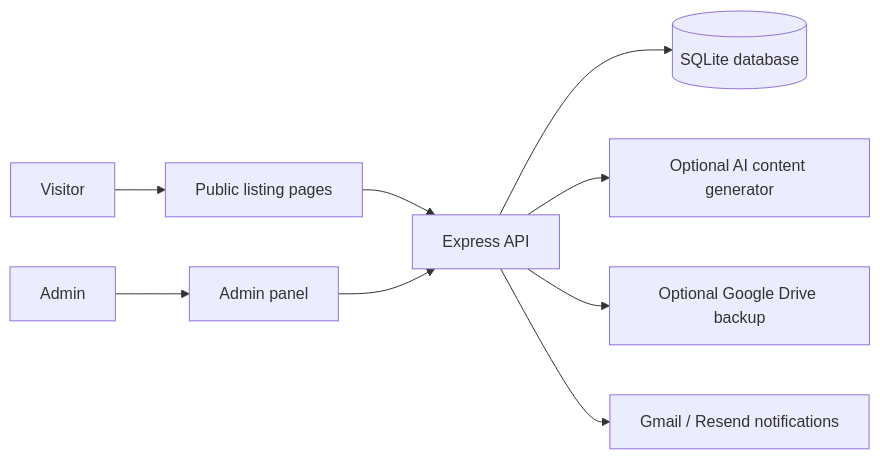
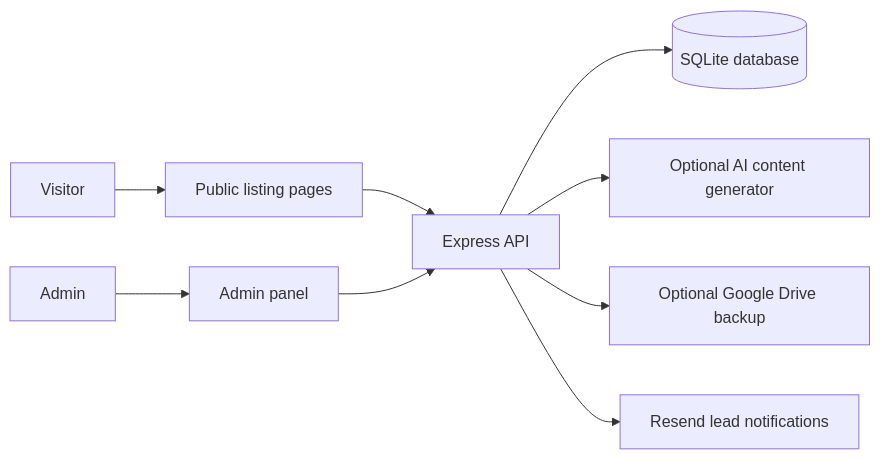
The diagram in README.md (malickland-304/wv-property-intelligence), drawn with Mermaid before and after one commit. The commit also changed other lines of this file and 1 other file, not shown here.

````diff
--- a/README.md
+++ b/README.md
@@ -26,11 +26,11 @@
 ```mermaid
 flowchart LR
   visitor[Visitor] --> publicPages[Public listing pages]
   admin[Admin] --> adminPanel[Admin panel]
   publicPages --> api[Express API]
   adminPanel --> api
   api --> db[(SQLite database)]
   api --> ai[Optional AI content generator]
   api --> drive[Optional Google Drive backup]
-  api --> email[Gmail / Resend notifications]
+  api --> email[Resend lead notifications]
 ```
````
